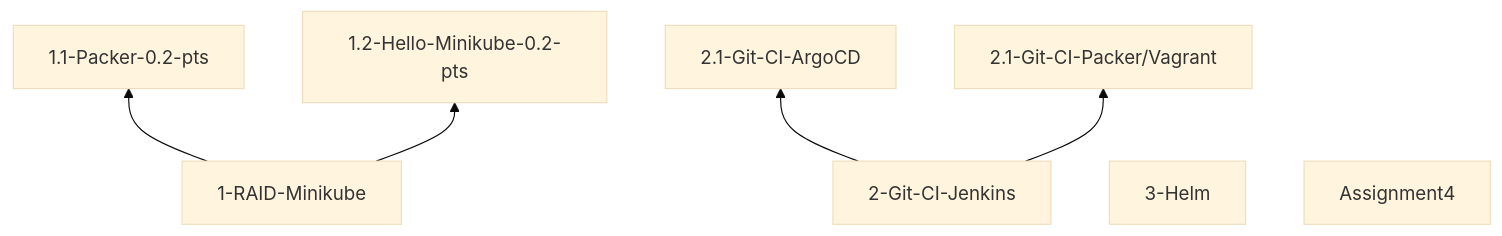
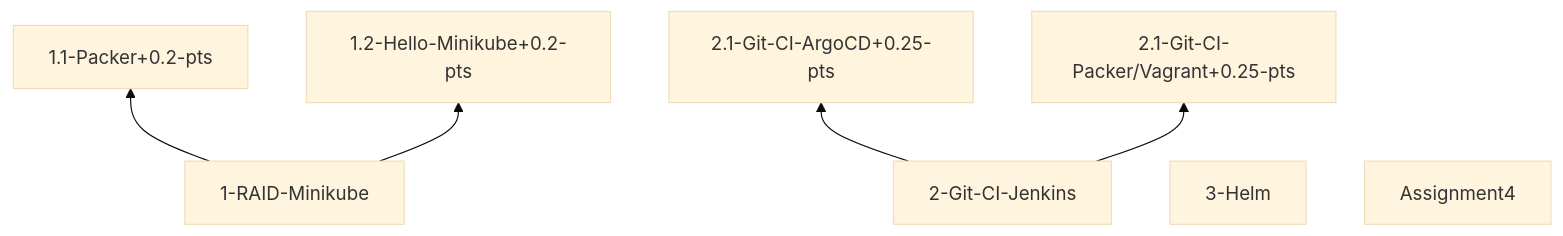
One commit to j-avdeev/DevOps changed the diagram in README.md. Above: the diagram before and after it, drawn with Mermaid (base theme). The commit also changed other lines of this file, not shown here.

Commit message:
upd points for assignments in README

````diff
--- a/README.md
+++ b/README.md
@@ -82,9 +82,9 @@
 ```mermaid
   graph BT;
-      1-RAID-Minikube --> 1.1-Packer-0.2-pts;
-      1-RAID-Minikube --> 1.2-Hello-Minikube-0.2-pts;
-      2-Git-CI-Jenkins --> 2.1-Git-CI-ArgoCD;
-      2-Git-CI-Jenkins --> 2.1-Git-CI-Packer/Vagrant;
+      1-RAID-Minikube --> 1.1-Packer+0.2-pts;
+      1-RAID-Minikube --> 1.2-Hello-Minikube+0.2-pts;
+      2-Git-CI-Jenkins --> 2.1-Git-CI-ArgoCD+0.25-pts;
+      2-Git-CI-Jenkins --> 2.1-Git-CI-Packer/Vagrant+0.25-pts;
       3-Helm;
       Assignment4;
 ```
````
